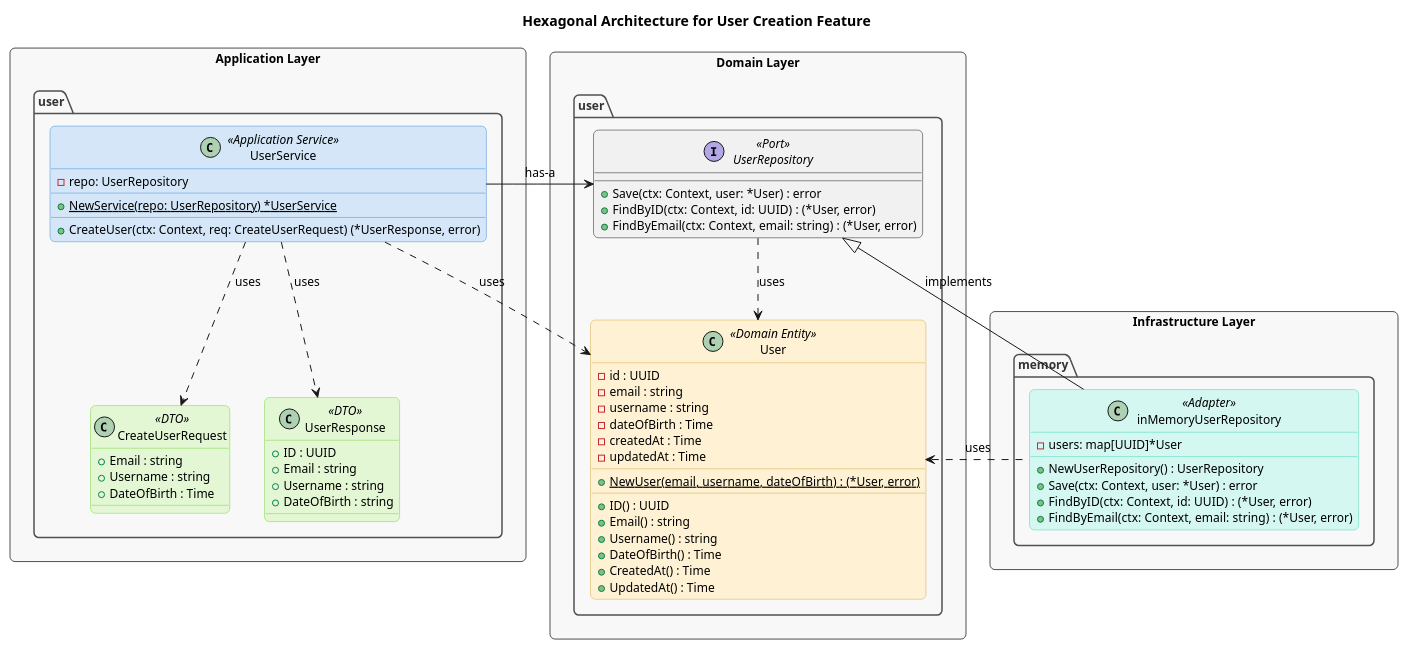
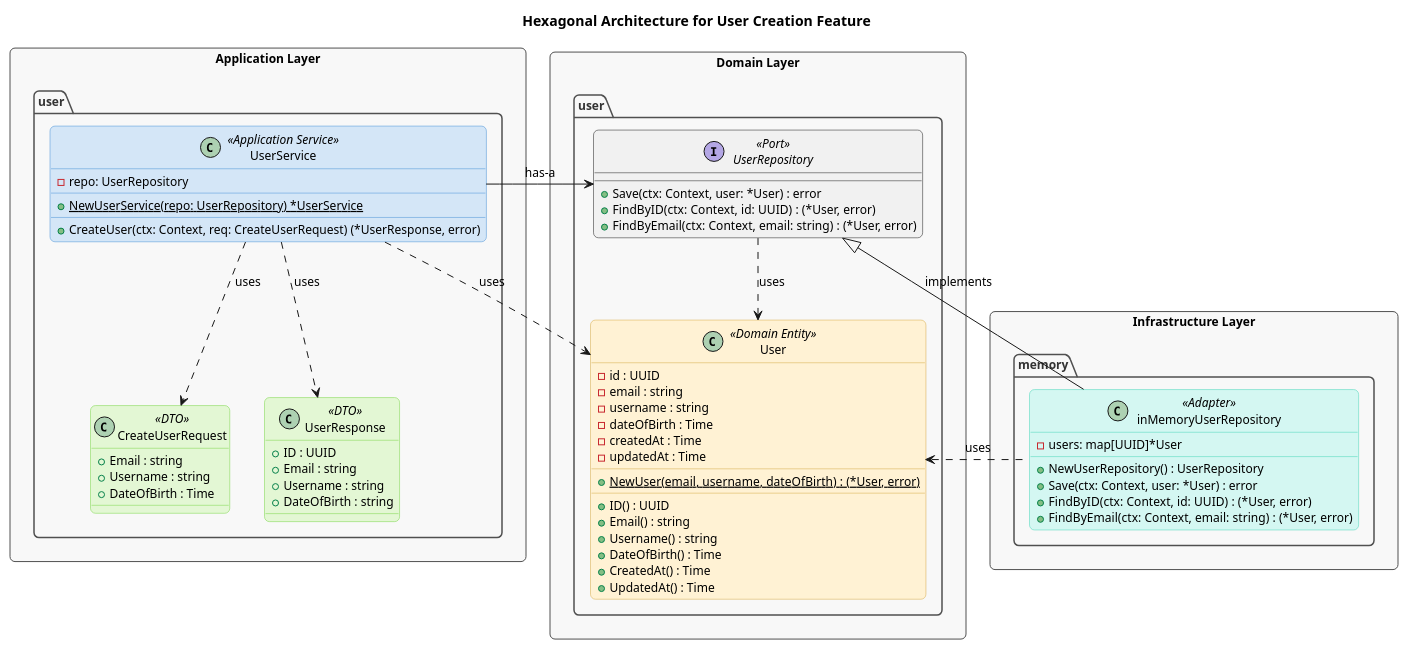
One commit to mgwinsor/weekbyweek changed the diagram in docs/diagrams/class-diagram.puml. Above: the diagram before and after it, drawn with PlantUML. The commit also changed 2 other files, not shown here.

Commit message:
refactor: rename NewService constructor

```diff
--- a/docs/diagrams/class-diagram.puml
+++ b/docs/diagrams/class-diagram.puml
@@ -1,129 +1,129 @@
 @startuml
 ' =====================================================================
 ' ==                       STYLING & THEME                           ==
 ' =====================================================================
 
 skinparam {
     shadowing false
     RoundCorner 10
     DefaultFontName "Segoe UI, Helvetica" ' A clean, standard font
     DefaultFontSize 12
 
     package {
         BorderColor #505050
         BackgroundColor #F8F8F8
         FontColor #333333
         stereotypeFontColor #333333
     }
 }
 
 skinparam class {
     BackgroundColor<<Domain Entity>> #FFF2D4
     BorderColor<<Domain Entity>> #D4A945
 
     BackgroundColor<<Application Service>> #D4E6F7
     BorderColor<<Application Service>> #458FD4
 
     BackgroundColor<<DTO>> #E3F7D4
     BorderColor<<DTO>> #77D445
 
     BackgroundColor<<Adapter>> #D4F7F2
     BorderColor<<Adapter>> #45D4B7
 }
 skinparam interface {
     BackgroundColor<<Port>> #F7E3D4
     BorderColor<<Port>> #D47745
 }
 
 
 ' =====================================================================
 ' ==              DIAGRAM DEFINITION & LAYOUT CONTROL                ==
 ' =====================================================================
 
 package "Domain Layer" as Domain <<Rectangle>> {
     package "user" {
         class User <<Domain Entity>> {
         	- id : UUID
         	- email : string
         	- username : string
         	- dateOfBirth : Time
         	- createdAt : Time
         	- updatedAt : Time
         	__
         	{static} + NewUser(email, username, dateOfBirth) : (*User, error)
         	__
         	+ ID() : UUID
         	+ Email() : string
         	+ Username() : string
         	+ DateOfBirth() : Time
         	+ CreatedAt() : Time
         	+ UpdatedAt() : Time
         }
 
         interface UserRepository <<Port>> {
             + Save(ctx: Context, user: *User) : error
             + FindByID(ctx: Context, id: UUID) : (*User, error)
             + FindByEmail(ctx: Context, email: string) : (*User, error)
         }
         
         UserRepository ..> User : "uses"
     }
 }
 
 package "Application Layer" as App <<Rectangle>> {
     package "user" {
         class UserService <<Application Service>> {
             - repo: UserRepository
             __
-            {static} + NewService(repo: UserRepository) *UserService
+            {static} + NewUserService(repo: UserRepository) *UserService
             __
             + CreateUser(ctx: Context, req: CreateUserRequest) (*UserResponse, error)
         }
 
         class CreateUserRequest <<DTO>> {
             + Email : string
             + Username : string
             + DateOfBirth : Time
         }
 
         class UserResponse <<DTO>> {
             + ID : UUID
             + Email : string
             + Username : string
             + DateOfBirth : string
         }
     }
 
     UserService ..> CreateUserRequest : "uses"
     UserService ..> UserResponse : "uses"
 }
 
 package "Infrastructure Layer" as Infra <<Rectangle>> {
     package "memory" {
         class inMemoryUserRepository <<Adapter>> {
             - users: map[UUID]*User
             __
             + NewUserRepository() : UserRepository
             + Save(ctx: Context, user: *User) : error
             + FindByID(ctx: Context, id: UUID) : (*User, error)
             + FindByEmail(ctx: Context, email: string) : (*User, error)
         }
     }
 }
 
 ' =====================================================================
 ' ==                   RELATIONSHIPS (with direction)                ==
 ' =====================================================================
 
 ' --- Application Layer Dependencies ---
 UserService -right-> UserRepository : "has-a"
 UserService .right.> User : "uses"
 
 ' --- Infrastructure Layer Dependencies ---
 inMemoryUserRepository -left-|> UserRepository : "implements"
 inMemoryUserRepository .left.> User : "uses"
 
 ' --- Add a title to provide overall context ---
 title Hexagonal Architecture for User Creation Feature
 
 @enduml
```
